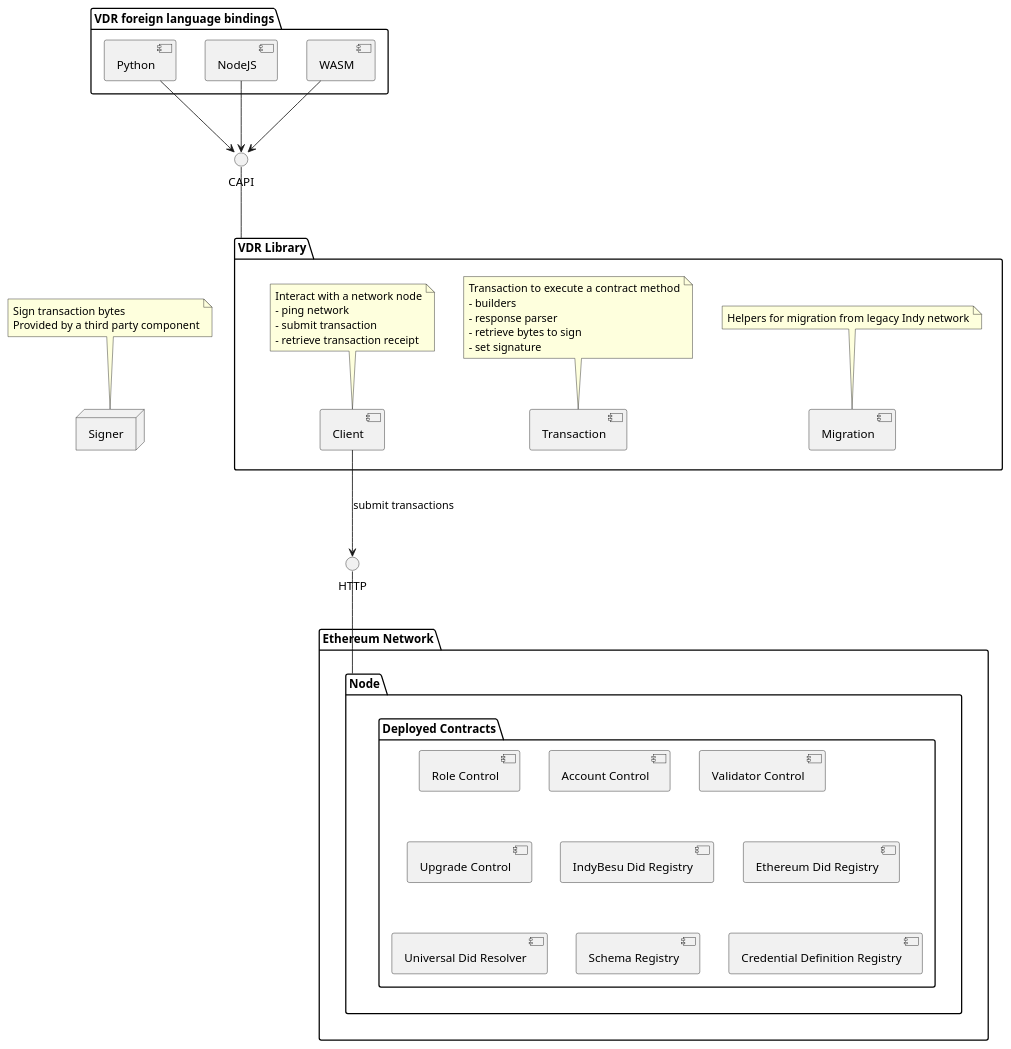
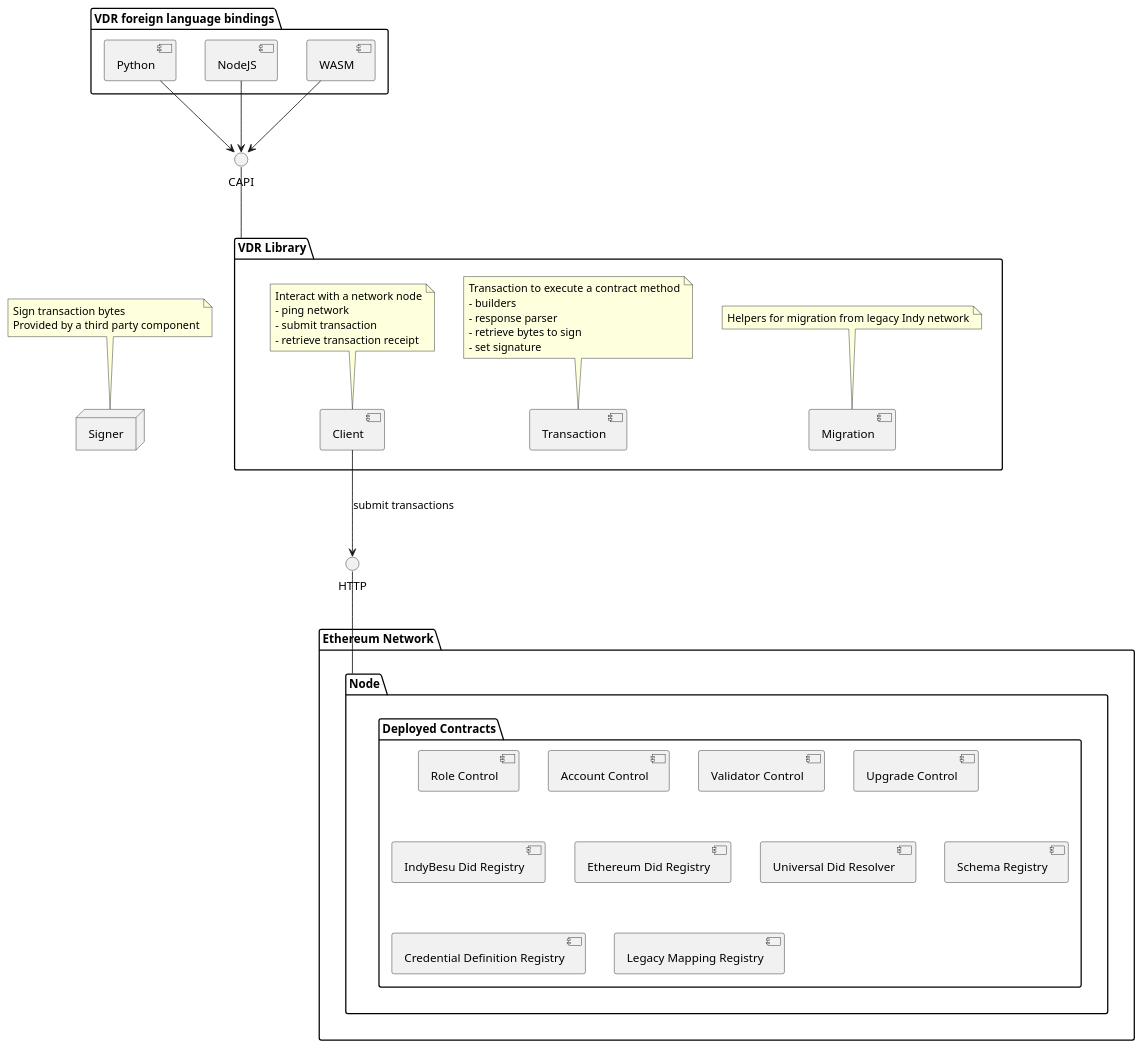
Before and after one commit to hyperledger/indy-besu: the diagram in docs/design/conmponents.puml, drawn with PlantUML. The commit also changed 50 other files, not shown here.

```diff
--- a/docs/design/conmponents.puml
+++ b/docs/design/conmponents.puml
@@ -1,71 +1,72 @@
 @startuml
 
 package "Ethereum Network" {
     package "Node" {
         package "Deployed Contracts" {
             component [Role Control]
             component [Account Control]
             component [Validator Control]
             component [Upgrade Control]
             component [IndyBesu Did Registry]
             component [Ethereum Did Registry]
             component [Universal Did Resolver]
             component [Schema Registry]
             component [Credential Definition Registry]
+            component [Legacy Mapping Registry]
         }
     }
 }
 
 together {
 
     package "VDR Library" {
 
         component Migration
         note top of [Migration]
           Helpers for migration from legacy Indy network
         end note
 
         component Transaction
         note top of [Transaction]
           Transaction to execute a contract method
           - builders
           - response parser
           - retrieve bytes to sign
           - set signature
         end note
 
         component Client
         note top of [Client]
           Interact with a network node
           - ping network
           - submit transaction
           - retrieve transaction receipt
         end note
     }
 
     node Signer
     note top of [Signer]
       Sign transaction bytes
       Provided by a third party component
     end note
 
 }
 
 package "VDR foreign language bindings" {
     component Python
     component NodeJS
     component WASM
 }
 
 interface HTTP
 interface CAPI
 
 [Client] --> HTTP : submit transactions
 HTTP -- [Node]
 
 [Python] --> [CAPI]
 [NodeJS] --> [CAPI]
 [WASM] --> [CAPI]
 [CAPI] -- [VDR Library]
 
 @enduml
```
